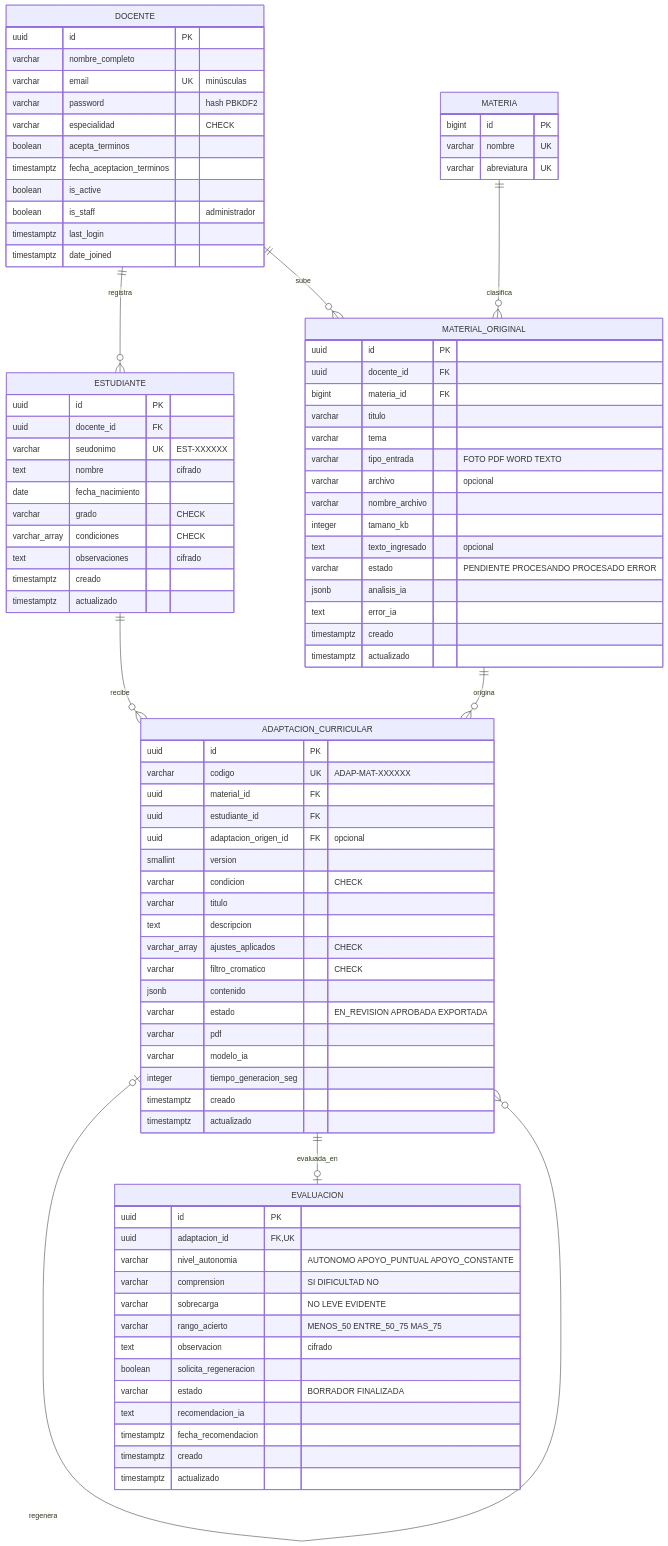
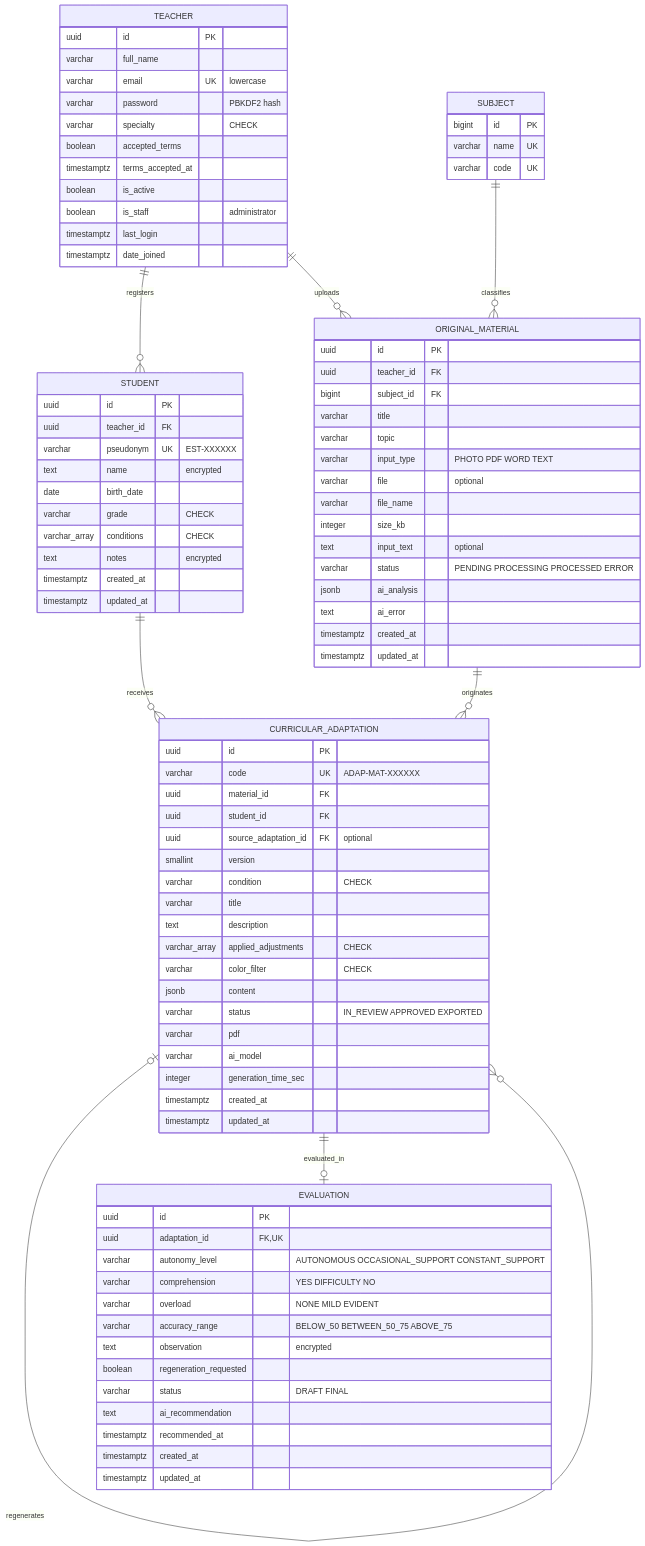
The diagram in docs/MER.md (jeandaly20/App_Maestro_Sombra), drawn with Mermaid before and after one commit. The commit also changed other lines of this file and 129 other files, not shown here.

````diff
--- a/docs/MER.md
+++ b/docs/MER.md
@@ -5,93 +7,93 @@
 ```mermaid
 erDiagram
-    DOCENTE ||--o{ ESTUDIANTE : registra
-    DOCENTE ||--o{ MATERIAL_ORIGINAL : sube
-    MATERIA ||--o{ MATERIAL_ORIGINAL : clasifica
-    MATERIAL_ORIGINAL ||--o{ ADAPTACION_CURRICULAR : origina
-    ESTUDIANTE ||--o{ ADAPTACION_CURRICULAR : recibe
-    ADAPTACION_CURRICULAR |o--o{ ADAPTACION_CURRICULAR : regenera
-    ADAPTACION_CURRICULAR ||--o| EVALUACION : evaluada_en
+    TEACHER ||--o{ STUDENT : registers
+    TEACHER ||--o{ ORIGINAL_MATERIAL : uploads
+    SUBJECT ||--o{ ORIGINAL_MATERIAL : classifies
+    ORIGINAL_MATERIAL ||--o{ CURRICULAR_ADAPTATION : originates
+    STUDENT ||--o{ CURRICULAR_ADAPTATION : receives
+    CURRICULAR_ADAPTATION |o--o{ CURRICULAR_ADAPTATION : regenerates
+    CURRICULAR_ADAPTATION ||--o| EVALUATION : evaluated_in
 
-    DOCENTE {
+    TEACHER {
         uuid id PK
-        varchar nombre_completo
-        varchar email UK "minúsculas"
-        varchar password "hash PBKDF2"
-        varchar especialidad "CHECK"
-        boolean acepta_terminos
-        timestamptz fecha_aceptacion_terminos
+        varchar full_name
+        varchar email UK "lowercase"
+        varchar password "PBKDF2 hash"
+        varchar specialty "CHECK"
+        boolean accepted_terms
+        timestamptz terms_accepted_at
         boolean is_active
-        boolean is_staff "administrador"
+        boolean is_staff "administrator"
         timestamptz last_login
         timestamptz date_joined
     }
-    MATERIA {
+    SUBJECT {
         bigint id PK
-        varchar nombre UK
-        varchar abreviatura UK
+        varchar name UK
+        varchar code UK
     }
-    ESTUDIANTE {
+    STUDENT {
         uuid id PK
-        uuid docente_id FK
-        varchar seudonimo UK "EST-XXXXXX"
-        text nombre "cifrado"
-        date fecha_nacimiento
-        varchar grado "CHECK"
-        varchar_array condiciones "CHECK"
-        text observaciones "cifrado"
-        timestamptz creado
-        timestamptz actualizado
+        uuid teacher_id FK
+        varchar pseudonym UK "EST-XXXXXX"
+        text name "encrypted"
+        date birth_date
+        varchar grade "CHECK"
+        varchar_array conditions "CHECK"
+        text notes "encrypted"
+        timestamptz created_at
+        timestamptz updated_at
     }
-    MATERIAL_ORIGINAL {
+    ORIGINAL_MATERIAL {
         uuid id PK
-        uuid docente_id FK
-        bigint materia_id FK
-        varchar titulo
-        varchar tema
-        varchar tipo_entrada "FOTO PDF WORD TEXTO"
-        varchar archivo "opcional"
-        varchar nombre_archivo
-        integer tamano_kb
-        text texto_ingresado "opcional"
-        varchar estado "PENDIENTE PROCESANDO PROCESADO ERROR"
-        jsonb analisis_ia
-        text error_ia
-        timestamptz creado
-        timestamptz actualizado
+        uuid teacher_id FK
+        bigint subject_id FK
+        varchar title
+        varchar topic
+        varchar input_type "PHOTO PDF WORD TEXT"
+        varchar file "optional"
+        varchar file_name
+        integer size_kb
+        text input_text "optional"
+        varchar status "PENDING PROCESSING PROCESSED ERROR"
+        jsonb ai_analysis
+        text ai_error
+        timestamptz created_at
+        timestamptz updated_at
     }
-    ADAPTACION_CURRICULAR {
+    CURRICULAR_ADAPTATION {
         uuid id PK
-        varchar codigo UK "ADAP-MAT-XXXXXX"
+        varchar code UK "ADAP-MAT-XXXXXX"
         uuid material_id FK
-        uuid estudiante_id FK
-        uuid adaptacion_origen_id FK "opcional"
+        uuid student_id FK
+        uuid source_adaptation_id FK "optional"
         smallint version
-        varchar condicion "CHECK"
-        varchar titulo
-        text descripcion
-        varchar_array ajustes_aplicados "CHECK"
-        varchar filtro_cromatico "CHECK"
-        jsonb contenido
-        varchar estado "EN_REVISION APROBADA EXPORTADA"
+        varchar condition "CHECK"
+        varchar title
+        text description
+        varchar_array applied_adjustments "CHECK"
+        varchar color_filter "CHECK"
+        jsonb content
+        varchar status "IN_REVIEW APPROVED EXPORTED"
         varchar pdf
-        varchar modelo_ia
-        integer tiempo_generacion_seg
-        timestamptz creado
-        timestamptz actualizado
+        varchar ai_model
+        integer generation_time_sec
+        timestamptz created_at
+        timestamptz updated_at
     }
-    EVALUACION {
+    EVALUATION {
         uuid id PK
-        uuid adaptacion_id FK, UK
-        varchar nivel_autonomia "AUTONOMO APOYO_PUNTUAL APOYO_CONSTANTE"
-        varchar comprension "SI DIFICULTAD NO"
-        varchar sobrecarga "NO LEVE EVIDENTE"
-        varchar rango_acierto "MENOS_50 ENTRE_50_75 MAS_75"
-        text observacion "cifrado"
-        boolean solicita_regeneracion
-        varchar estado "BORRADOR FINALIZADA"
-        text recomendacion_ia
-        timestamptz fecha_recomendacion
-        timestamptz creado
-        timestamptz actualizado
+        uuid adaptation_id FK, UK
+        varchar autonomy_level "AUTONOMOUS OCCASIONAL_SUPPORT CONSTANT_SUPPORT"
+        varchar comprehension "YES DIFFICULTY NO"
+        varchar overload "NONE MILD EVIDENT"
+        varchar accuracy_range "BELOW_50 BETWEEN_50_75 ABOVE_75"
+        text observation "encrypted"
+        boolean regeneration_requested
+        varchar status "DRAFT FINAL"
+        text ai_recommendation
+        timestamptz recommended_at
+        timestamptz created_at
+        timestamptz updated_at
     }
 ```
````
